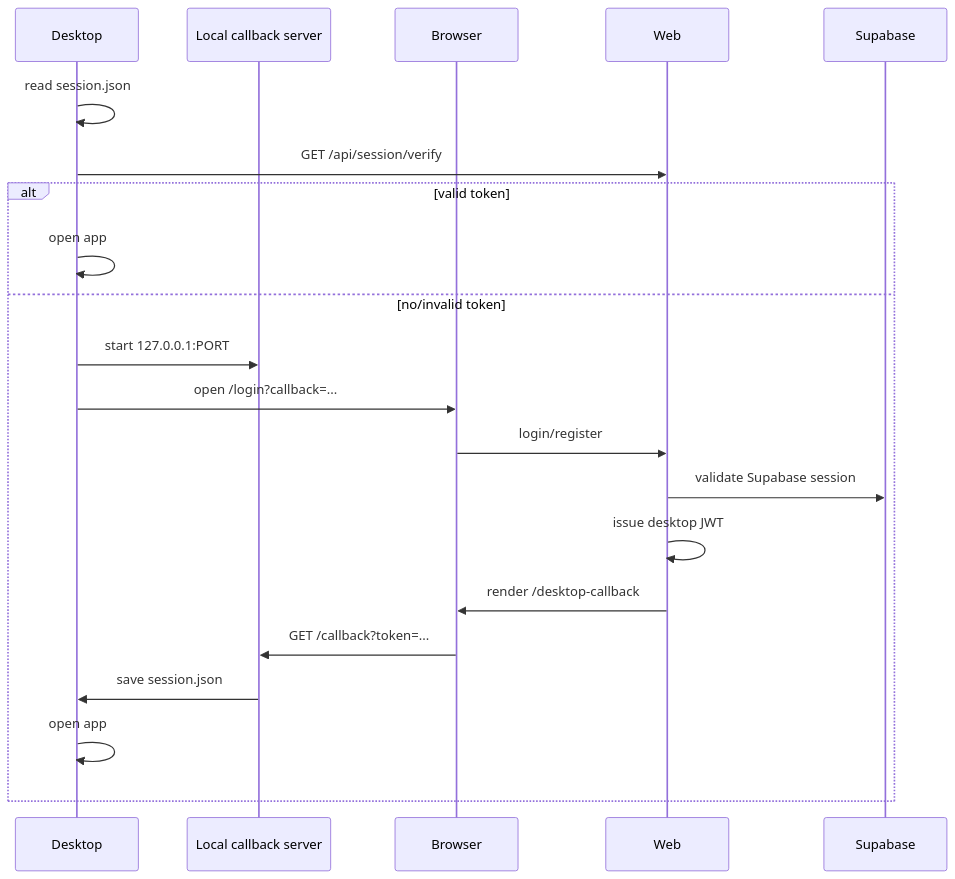
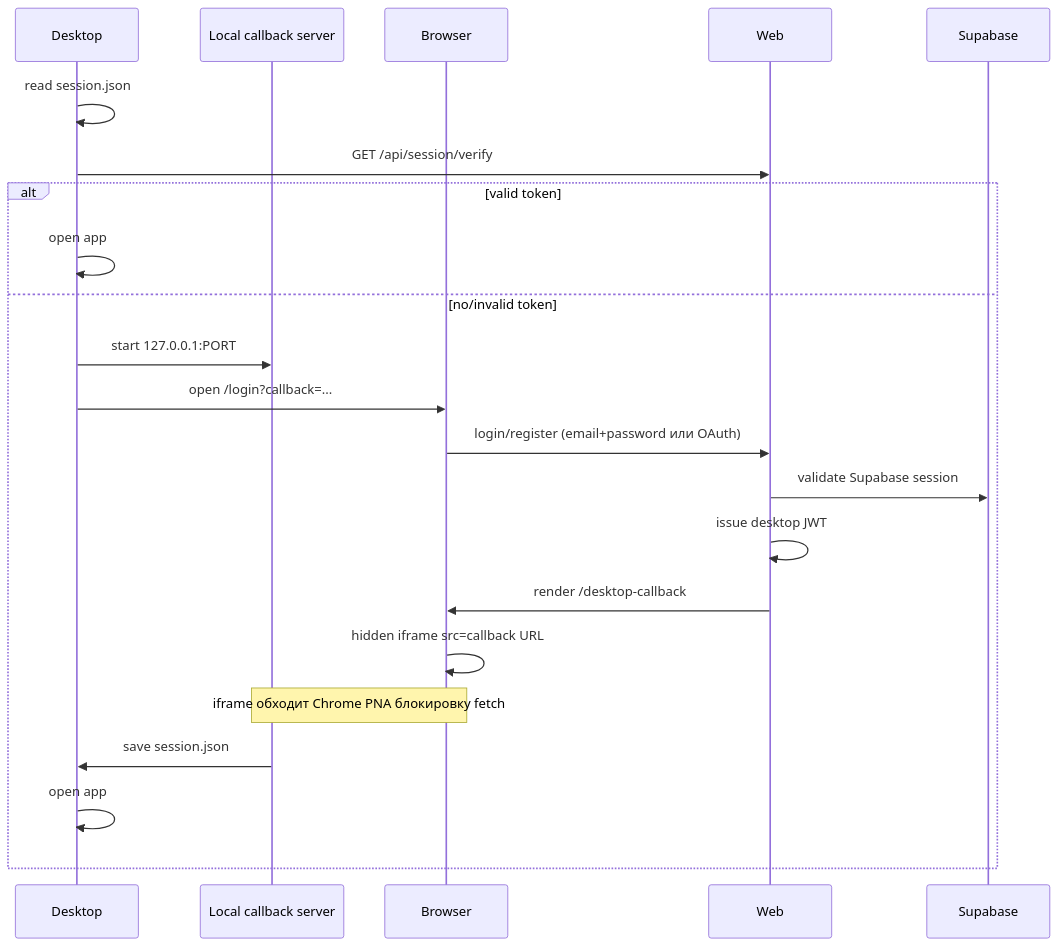
Before and after one commit to sheldonalex20202-ui/-AdOps_Cockpit: the diagram in obsidian-vault/автозалив/06 Auth Flow.md, drawn with Mermaid. The commit also changed other lines of this file and 11 other files, not shown here.

First line of the commit message:
Redesign login & register: glassmorphism card + Input/Label components

````diff
--- a/obsidian-vault/автозалив/06 Auth Flow.md
+++ b/obsidian-vault/автозалив/06 Auth Flow.md
@@ -9,24 +9,25 @@
 ```mermaid
 sequenceDiagram
   participant D as Desktop
   participant L as Local callback server
   participant B as Browser
   participant W as Web
   participant S as Supabase
 
   D->>D: read session.json
   D->>W: GET /api/session/verify
   alt valid token
     D->>D: open app
   else no/invalid token
     D->>L: start 127.0.0.1:PORT
     D->>B: open /login?callback=...
-    B->>W: login/register
+    B->>W: login/register (email+password или OAuth)
     W->>S: validate Supabase session
     W->>W: issue desktop JWT
     W->>B: render /desktop-callback
-    B->>L: GET /callback?token=...
+    B->>B: hidden iframe src=callback URL
+    note over B,L: iframe обходит Chrome PNA блокировку fetch
     L->>D: save session.json
     D->>D: open app
   end
 ```
````
